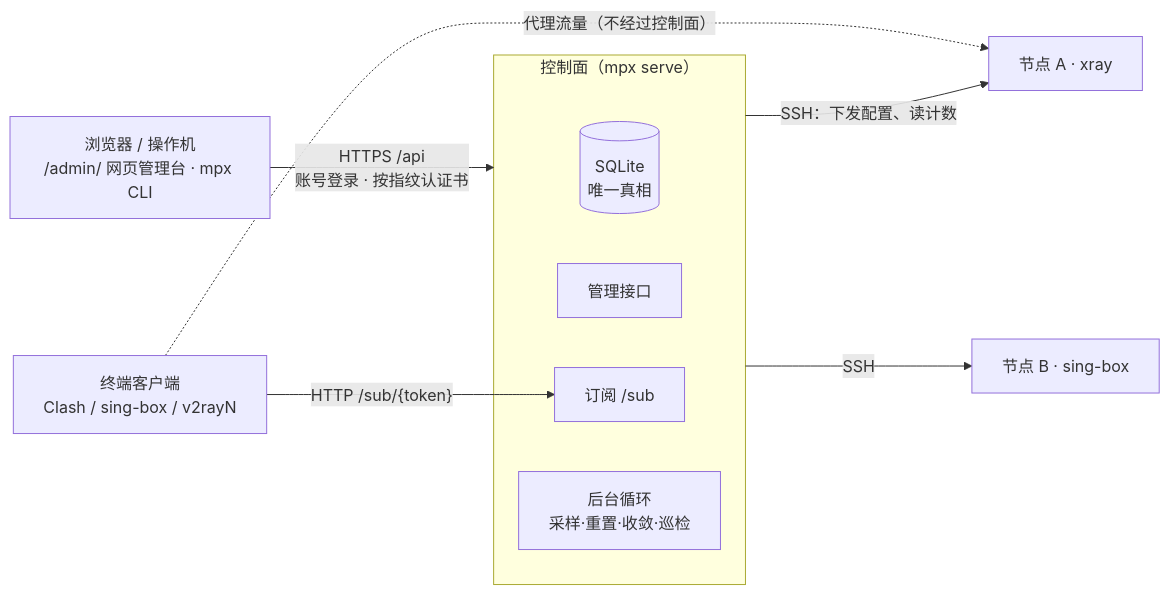
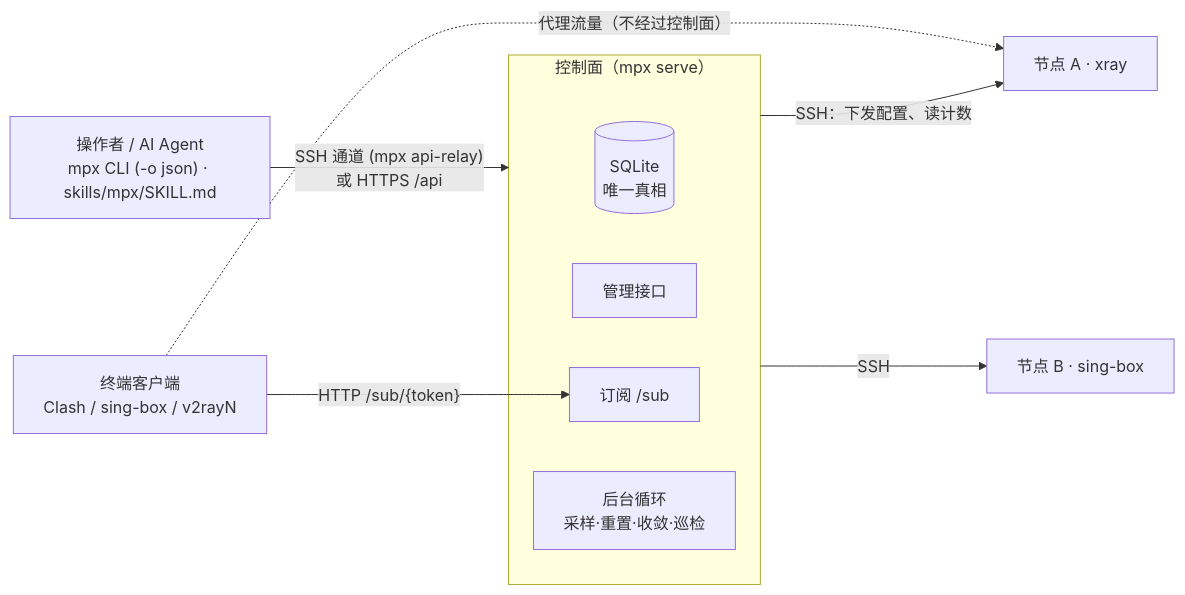
One commit to RovenEverward/my-proxy changed the diagram in docs/atlas/README.md. Above: the diagram before and after it, drawn with Mermaid. The commit also changed other lines of this file and 1 other file, not shown here.

Commit message:
docs(atlas): update guarded constraints and vision for UC-32 Agent-Native core

````diff
--- a/docs/atlas/README.md
+++ b/docs/atlas/README.md
@@ -58,14 +54,14 @@
 ```mermaid
 flowchart LR
-  op["浏览器 / 操作机<br/>/admin/ 网页管理台 · mpx CLI"] -- "HTTPS /api<br/>账号登录 · 按指纹认证书" --> cp
+  op["操作者 / AI Agent<br/>mpx CLI (-o json) · skills/mpx/SKILL.md"] -- "SSH 通道 (mpx api-relay)<br/>或 HTTPS /api" --> cp
   subgraph cp["控制面（mpx serve）"]
     db[("SQLite<br/>唯一真相")]
     api["管理接口"]
     sub["订阅 /sub"]
     loop["后台循环<br/>采样·重置·收敛·巡检"]
   end
   cp -- "SSH：下发配置、读计数" --> n1["节点 A · xray"]
   cp -- "SSH" --> n2["节点 B · sing-box"]
   client["终端客户端<br/>Clash / sing-box / v2rayN"] -- "HTTP /sub/{token}" --> sub
   client -. "代理流量（不经过控制面）" .-> n1
 ```
````
